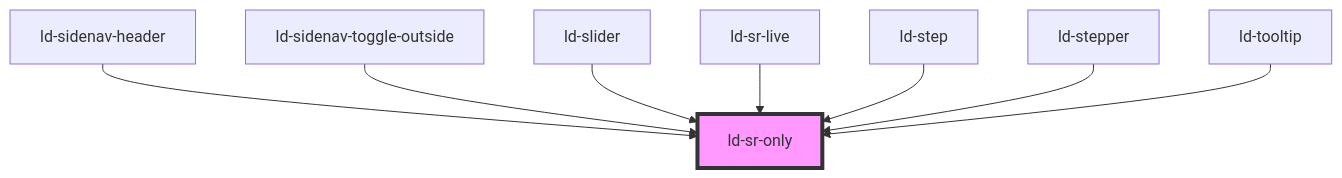
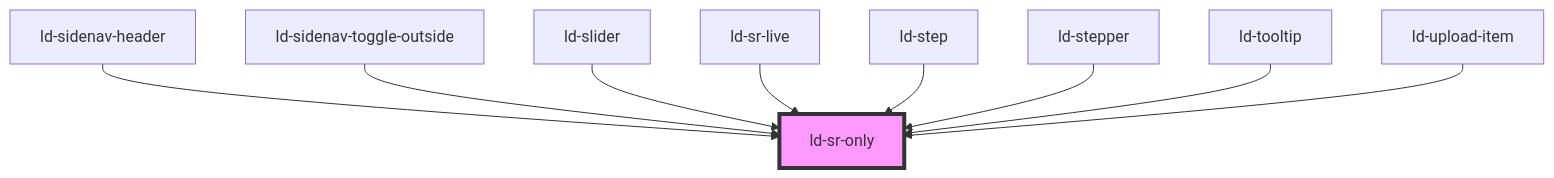
One commit to emdgroup-liquid/liquid changed the diagram in src/liquid/components/ld-sr-only/readme.md. Above: the diagram before and after it, drawn with Mermaid. The commit also changed other lines of this file and 21 other files, not shown here.

````diff
--- a/src/liquid/components/ld-sr-only/readme.md
+++ b/src/liquid/components/ld-sr-only/readme.md
@@ -59,11 +60,12 @@
 ```mermaid
 graph TD;
   ld-sidenav-header --> ld-sr-only
   ld-sidenav-toggle-outside --> ld-sr-only
   ld-slider --> ld-sr-only
   ld-sr-live --> ld-sr-only
   ld-step --> ld-sr-only
   ld-stepper --> ld-sr-only
   ld-tooltip --> ld-sr-only
+  ld-upload-item --> ld-sr-only
   style ld-sr-only fill:#f9f,stroke:#333,stroke-width:4px
 ```
````
